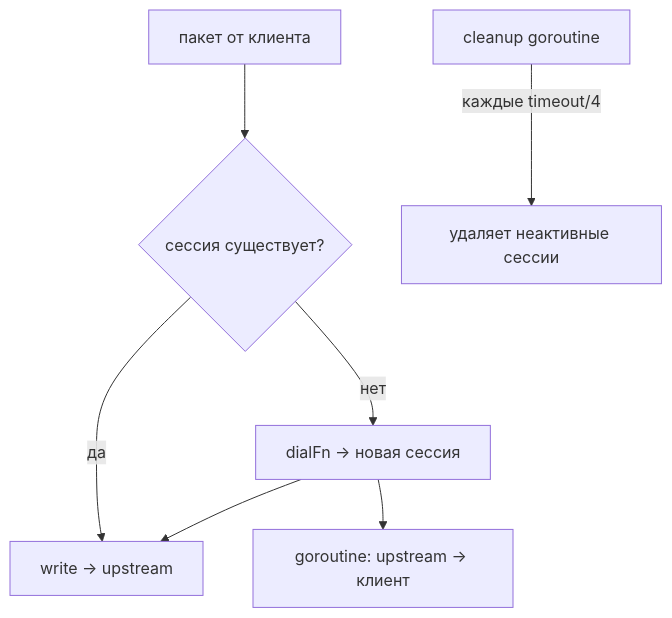
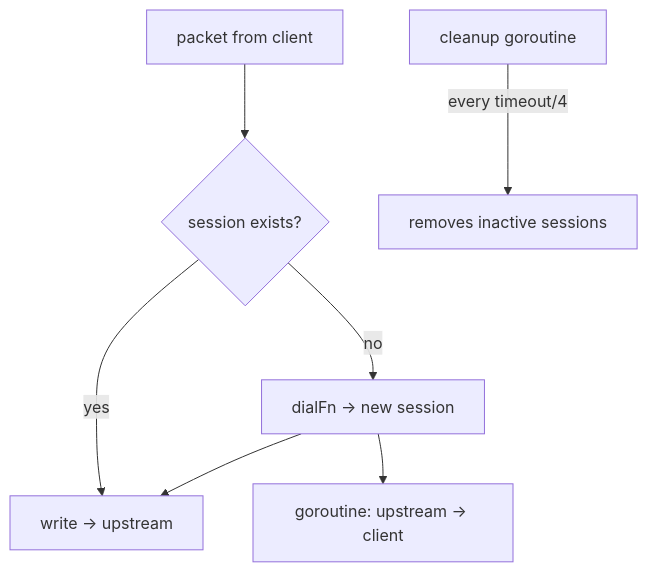
The third of 3 diagrams in mod/forward/README.md (voluminor/ratatoskr), drawn with Mermaid before and after one commit. The commit also changed other lines of this file and 6 other files, not shown here.

````diff
--- a/mod/forward/README.md
+++ b/mod/forward/README.md
@@ -147,9 +149,9 @@
 ```mermaid
 flowchart TB
-    Pkt["пакет от клиента"] --> Lookup{"сессия существует?"}
-    Lookup -->|" да "| Write["write → upstream"]
-    Lookup -->|" нет "| Dial["dialFn → новая сессия"]
-    Dial --> Reverse["goroutine: upstream → клиент"]
+  Pkt["packet from client"] --> Lookup{"session exists?"}
+  Lookup -->|" yes "| Write["write → upstream"]
+  Lookup -->|" no "| Dial["dialFn → new session"]
+  Dial --> Reverse["goroutine: upstream → client"]
     Dial --> Write
-    Cleanup["cleanup goroutine"] -->|" каждые timeout/4 "| Expire["удаляет неактивные сессии"]
+  Cleanup["cleanup goroutine"] -->|" every timeout/4 "| Expire["removes inactive sessions"]
 ```
````
